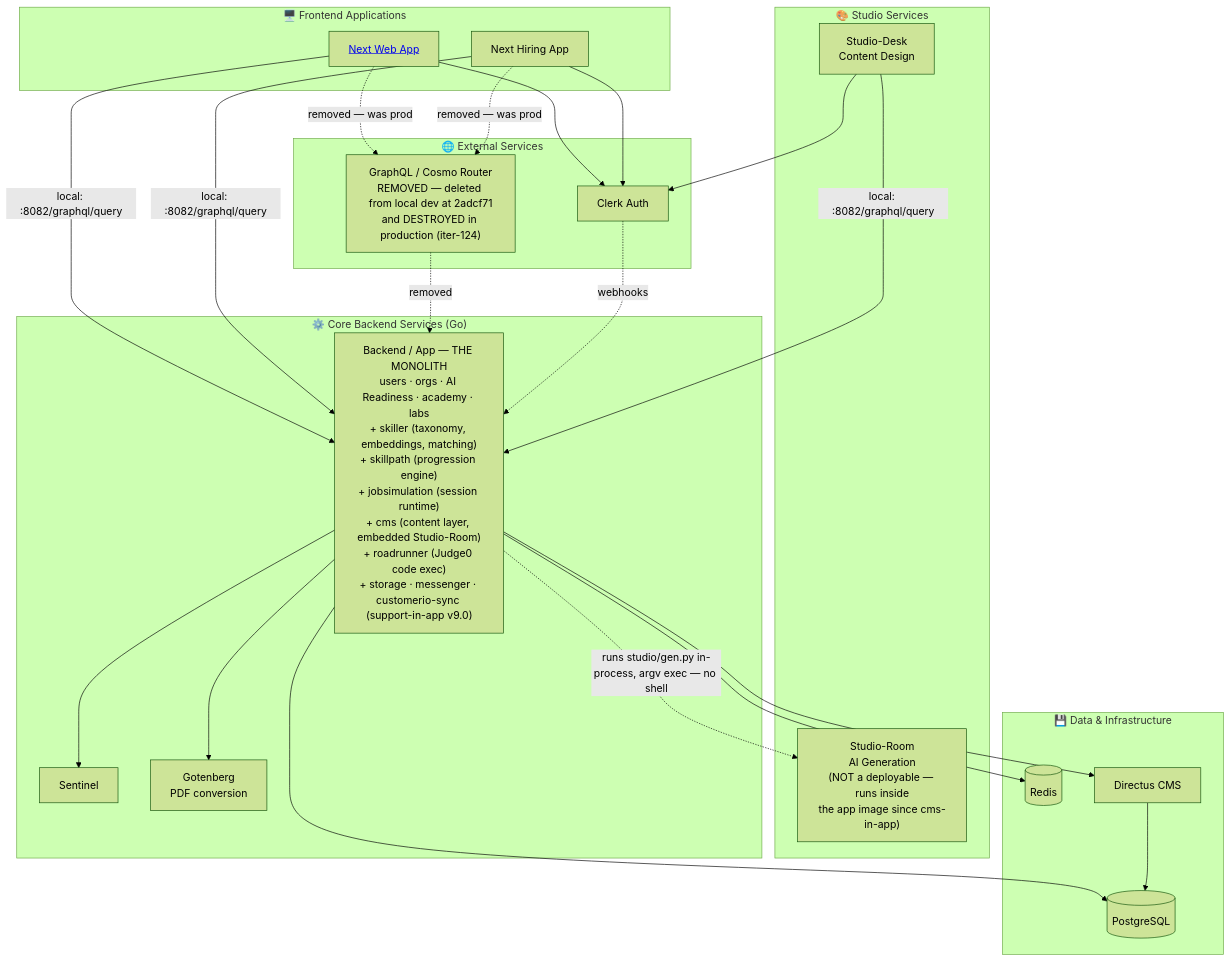
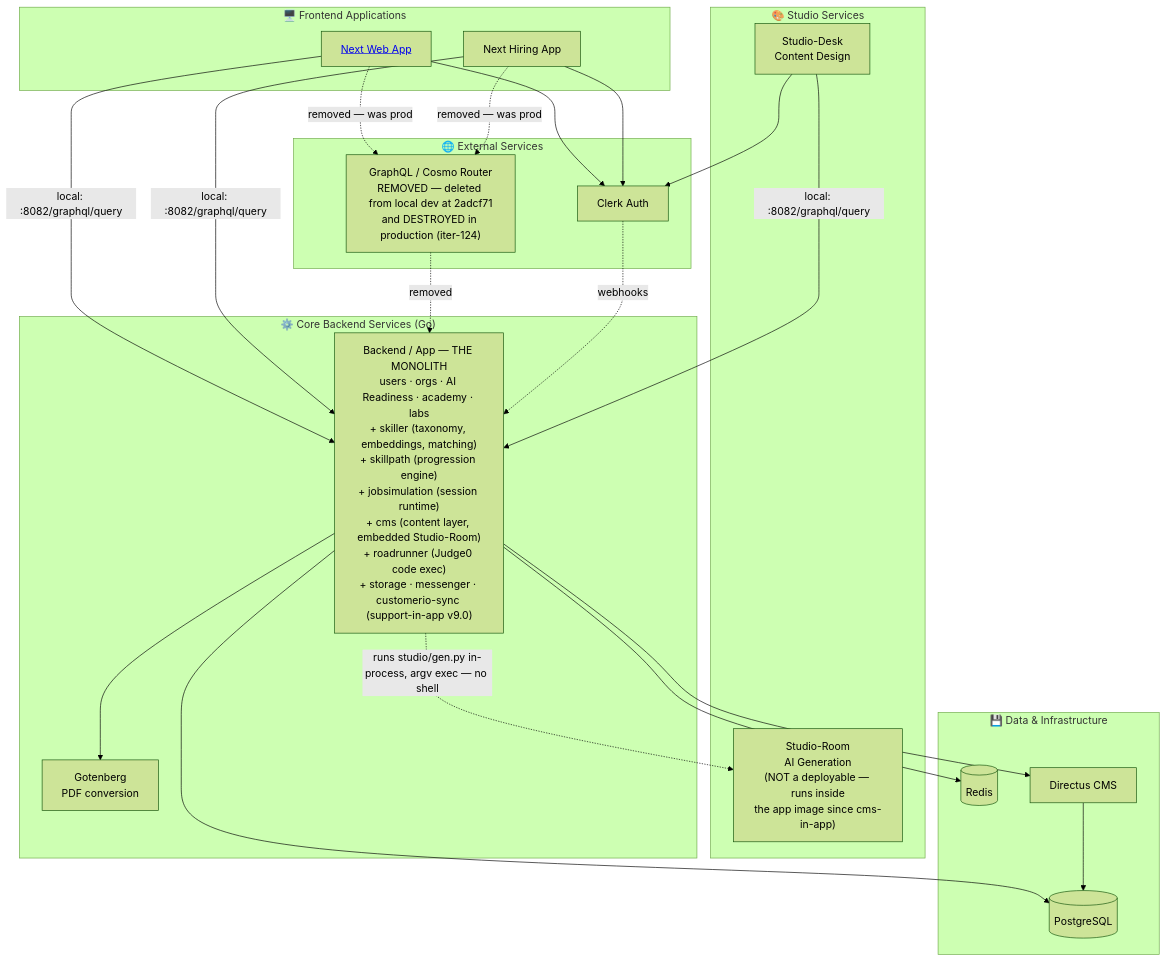
The diagram in corpus/architecture/architecture_overview.md (anthropos-work/rosetta), drawn with Mermaid (forest theme) before and after one commit. The commit also changed other lines of this file and 36 other files, not shown here.

````diff
--- a/corpus/architecture/architecture_overview.md
+++ b/corpus/architecture/architecture_overview.md
@@ -94,65 +96,66 @@
 ```mermaid
 graph TD
     subgraph External["🌐 External Services"]
         Clerk[Clerk Auth]
         GraphQL["GraphQL / Cosmo Router<br/>REMOVED — deleted from local dev at 2adcf71<br/>and DESTROYED in production (iter-124)"]
     end
     
     subgraph Frontend["🖥️ Frontend Applications"]
         Web[<a href='./frontend_architecture.md'>Next Web App</a>]
         Hiring[Next Hiring App]
     end
     
     subgraph Studio["🎨 Studio Services"]
         Desk[Studio-Desk<br/>Content Design]
         Room["Studio-Room<br/>AI Generation<br/>(NOT a deployable — runs inside<br/>the app image since cms-in-app)"]
     end
 
     subgraph Core["⚙️ Core Backend Services (Go)"]
         Gateway["Backend / App — THE MONOLITH<br/>users · orgs · AI Readiness · academy · labs<br/>+ skiller (taxonomy, embeddings, matching)<br/>+ skillpath (progression engine)<br/>+ jobsimulation (session runtime)<br/>+ cms (content layer, embedded Studio-Room)<br/>+ roadrunner (Judge0 code exec)<br/>+ storage · messenger · customerio-sync (support-in-app v9.0)"]
-        Sentinel[Sentinel]
+        %% Sentinel had a node here until 766df6c (2026-08-11, v11.0) folded the Casbin PDP
+        %% into app as internal/sentinel and deleted its compose service. It is a domain in Gateway now.
         Gotenberg[Gotenberg<br/>PDF conversion]
         %% Storage and Messenger had nodes here until 838d907 (merged 0c91421, 2026-08-05)
         %% deleted the storage, messenger and customerio-sync compose services and their
         %% storage-legacy / messenger / customerio-sync profiles. They are domains in Gateway now.
     end
 
     subgraph Data["💾 Data & Infrastructure"]
         Postgres[(PostgreSQL)]
         Redis[(Redis)]
         Directus[Directus CMS]
     end
     
     %% Frontend connections
     Web --> Clerk
     Hiring --> Clerk
     Web -.->|removed — was prod| GraphQL
     Hiring -.->|removed — was prod| GraphQL
     Web -->|local: :8082/graphql/query| Gateway
     Hiring -->|local: :8082/graphql/query| Gateway
     
     %% Studio connections
     Desk --> Clerk
     Desk -->|local: :8082/graphql/query| Gateway
     Gateway -.->|runs studio/gen.py in-process, argv exec — no shell| Room
     
     %% Router aggregation — HISTORICAL. The router is gone in BOTH states as of iter-124: deleted from
     %% local dev at 2adcf71, and module.wundergraph_euwest1 destroyed in infrastructure @ `13c248e6`,
     %% terraform/production/services.tf:509-517.
     %% ONE subgraph: backend. 915da06 deleted the cms AND jobsimulation entries in one commit (a 3 → 1 step).
     %% Everywhere now, the frontends and studio-desk hit Gateway directly (edges above).
     GraphQL -.->|removed| Gateway
 
     %% Core service dependencies
-    Gateway --> Sentinel
+    %% Gateway --> Sentinel: removed at 766df6c — the PDP is in-process, there is no edge to draw
     Gateway --> Gotenberg
     Gateway --> Directus
 
     %% Data connections
     Gateway --> Postgres
     Gateway --> Redis
     Directus --> Postgres
     
     %% Clerk integration
     Clerk -.->|webhooks| Gateway
 ```
````
